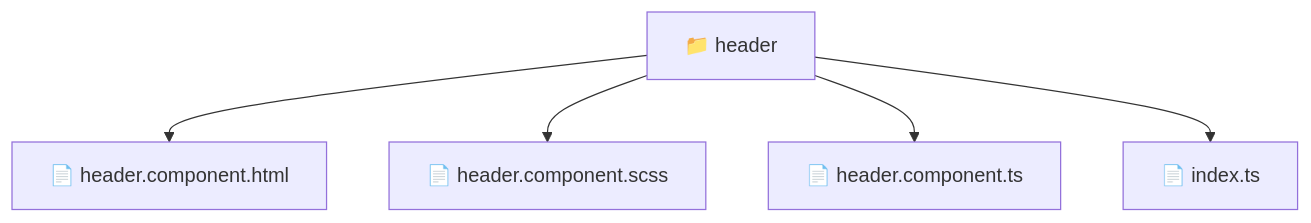
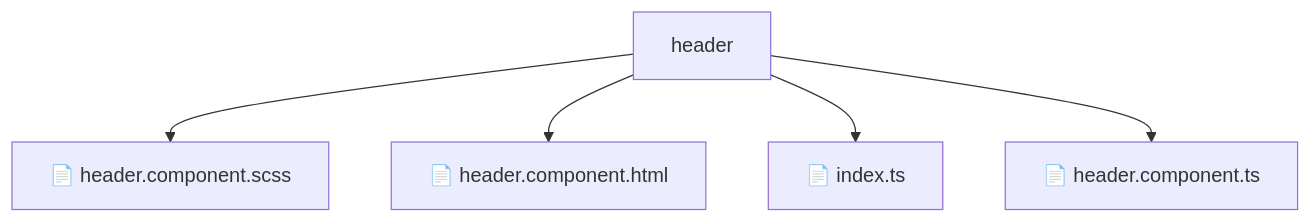
One commit to beginwebdev2002/fullstack-mavluda changed the diagram in frontend/src/widgets/header/README.md. Above: the diagram before and after it, drawn with Mermaid. The commit also changed other lines of this file and 155 other files, not shown here.

````diff
--- a/frontend/src/widgets/header/README.md
+++ b/frontend/src/widgets/header/README.md
@@ -10,8 +14,8 @@
 ```mermaid
 graph TD
-  Root["📁 header"]
-  Root --> headercomponenthtml["📄 header.component.html"]
-  Root --> headercomponentscss["📄 header.component.scss"]
-  Root --> headercomponentts["📄 header.component.ts"]
-  Root --> indexts["📄 index.ts"]
+    Root[header]
+    Root --> F0[📄 header.component.scss]
+    Root --> F1[📄 header.component.html]
+    Root --> F2[📄 index.ts]
+    Root --> F3[📄 header.component.ts]
 ```
````
